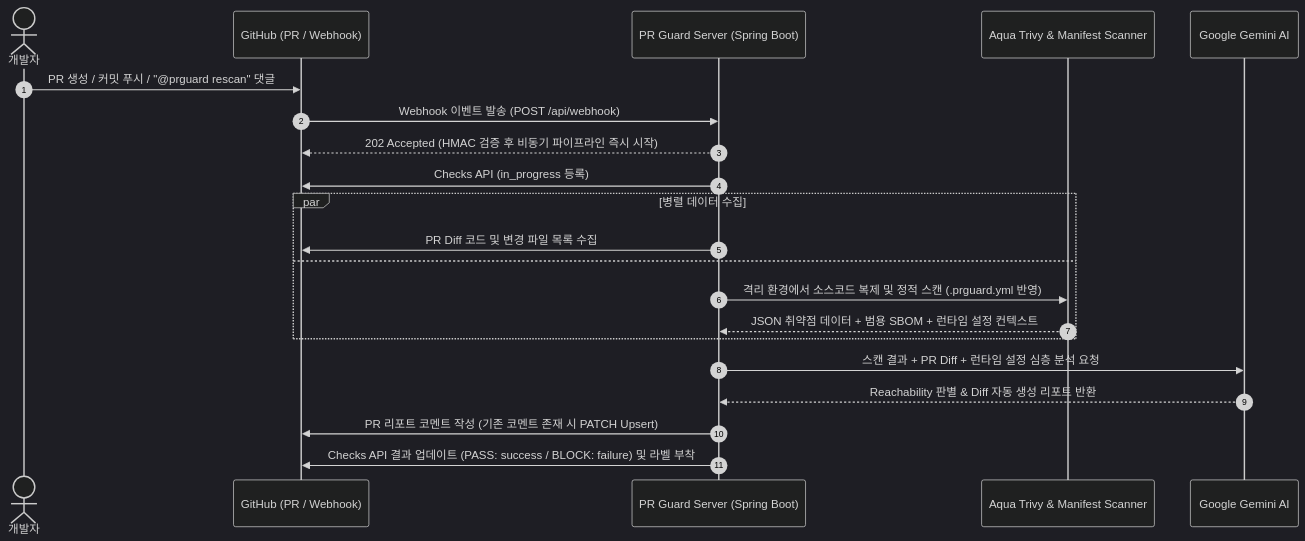
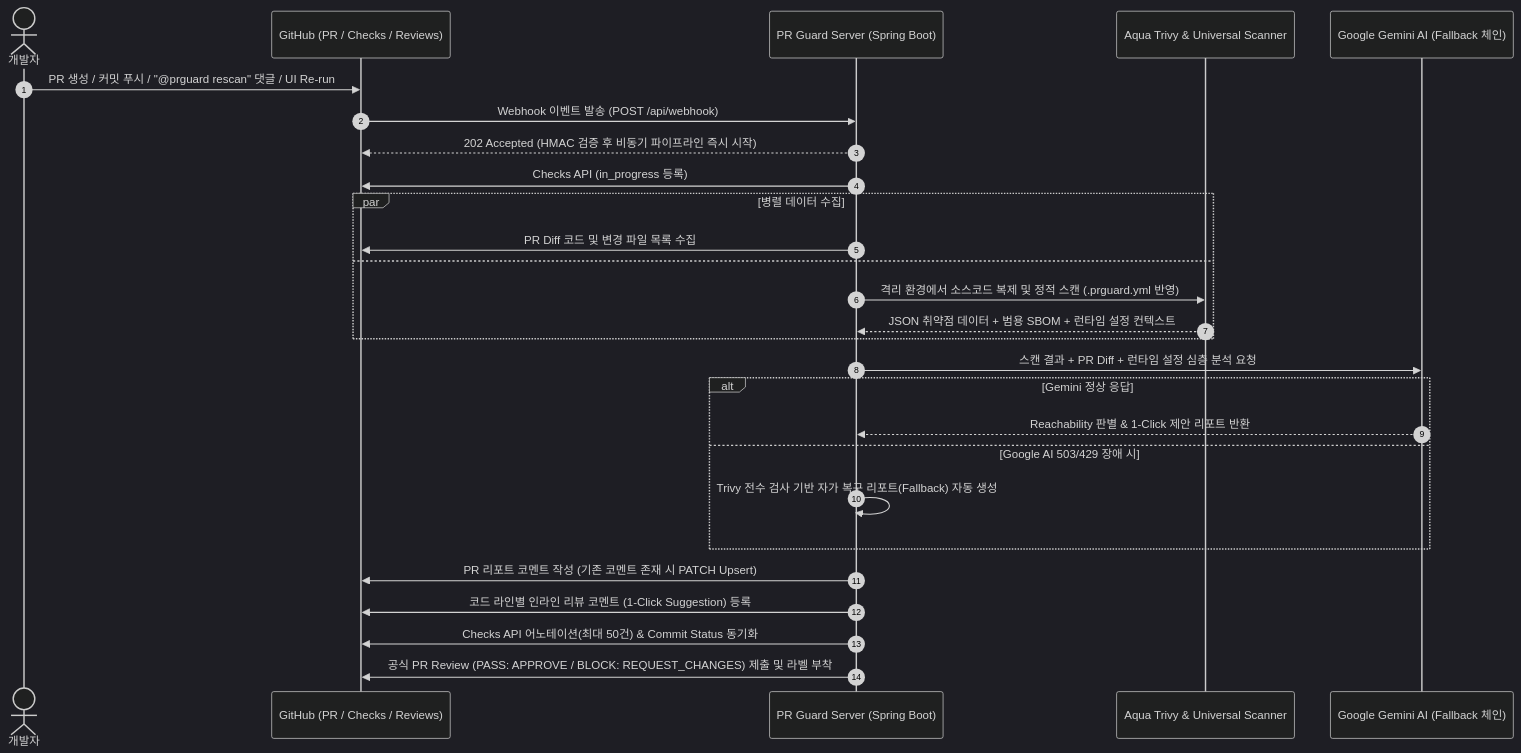
One commit to pr-guard/pr-guard-server changed the diagram in README.md. Above: the diagram before and after it, drawn with Mermaid (dark theme). The commit also changed other lines of this file and 1 other file, not shown here.

Commit message:
docs: 최신 엔터프라이즈 보안 기능(인라인 코멘트, Checks Annotation, 공식 PR Review, Private 레포 지원, CI/CD 배포) README 전면 반영

````diff
--- a/README.md
+++ b/README.md
@@ -237,27 +239,33 @@
 ```mermaid
 sequenceDiagram
     autonumber
     actor Dev as 개발자
-    participant GH as GitHub (PR / Webhook)
+    participant GH as GitHub (PR / Checks / Reviews)
     participant Server as PR Guard Server (Spring Boot)
-    participant Trivy as Aqua Trivy & Manifest Scanner
-    participant Gemini as Google Gemini AI
+    participant Trivy as Aqua Trivy & Universal Scanner
+    participant Gemini as Google Gemini AI (Fallback 체인)
 
-    Dev->>GH: PR 생성 / 커밋 푸시 / "@prguard rescan" 댓글
+    Dev->>GH: PR 생성 / 커밋 푸시 / "@prguard rescan" 댓글 / UI Re-run
     GH->>Server: Webhook 이벤트 발송 (POST /api/webhook)
     Server-->>GH: 202 Accepted (HMAC 검증 후 비동기 파이프라인 즉시 시작)
 
     Server->>GH: Checks API (in_progress 등록)
     par 병렬 데이터 수집
         Server->>GH: PR Diff 코드 및 변경 파일 목록 수집
     and
         Server->>Trivy: 격리 환경에서 소스코드 복제 및 정적 스캔 (.prguard.yml 반영)
         Trivy-->>Server: JSON 취약점 데이터 + 범용 SBOM + 런타임 설정 컨텍스트
     end
 
     Server->>Gemini: 스캔 결과 + PR Diff + 런타임 설정 심층 분석 요청
-    Gemini-->>Server: Reachability 판별 & Diff 자동 생성 리포트 반환
+    alt Gemini 정상 응답
+        Gemini-->>Server: Reachability 판별 & 1-Click 제안 리포트 반환
+    else Google AI 503/429 장애 시
+        Server->>Server: Trivy 전수 검사 기반 자가 복구 리포트(Fallback) 자동 생성
+    end
 
     Server->>GH: PR 리포트 코멘트 작성 (기존 코멘트 존재 시 PATCH Upsert)
-    Server->>GH: Checks API 결과 업데이트 (PASS: success / BLOCK: failure) 및 라벨 부착
+    Server->>GH: 코드 라인별 인라인 리뷰 코멘트 (1-Click Suggestion) 등록
+    Server->>GH: Checks API 어노테이션(최대 50건) & Commit Status 동기화
+    Server->>GH: 공식 PR Review (PASS: APPROVE / BLOCK: REQUEST_CHANGES) 제출 및 라벨 부착
 ```
````
